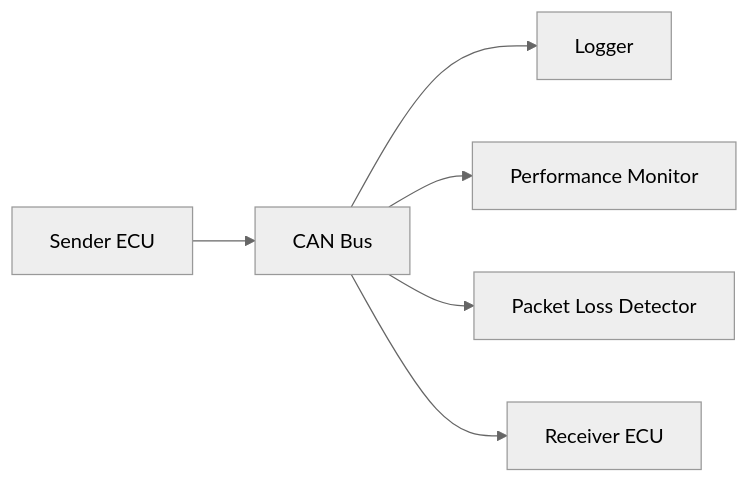
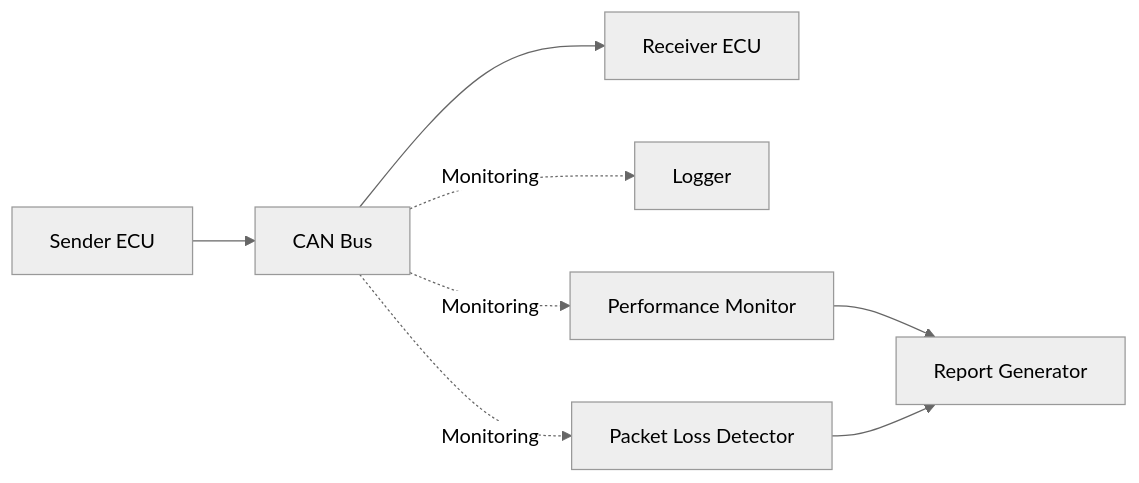
One commit to sekiya-mukai/vehicle-simulation-platform changed the first of 2 diagrams in README.md. Above: the diagram before and after it, drawn with Mermaid (neutral theme). The commit also changed other lines of this file and 3 other files, not shown here.

````diff
--- a/README.md
+++ b/README.md
@@ -24,17 +20,31 @@
 ```mermaid
 flowchart LR
 
     SenderECU["Sender ECU"]
+
     CANBus["CAN Bus"]
+
+    ReceiverECU["Receiver ECU"]
+
     Logger["Logger"]
+
     Perf["Performance Monitor"]
+
     Loss["Packet Loss Detector"]
-    ReceiverECU["Receiver ECU"]
+
+    Report["Report Generator"]
 
     SenderECU --> CANBus
 
-    CANBus --> Logger
-    CANBus --> Perf
-    CANBus --> Loss
     CANBus --> ReceiverECU
+
+    CANBus -. Monitoring .-> Logger
+
+    CANBus -. Monitoring .-> Perf
+
+    CANBus -. Monitoring .-> Loss
+
+    Perf --> Report
+
+    Loss --> Report
 ```
````
